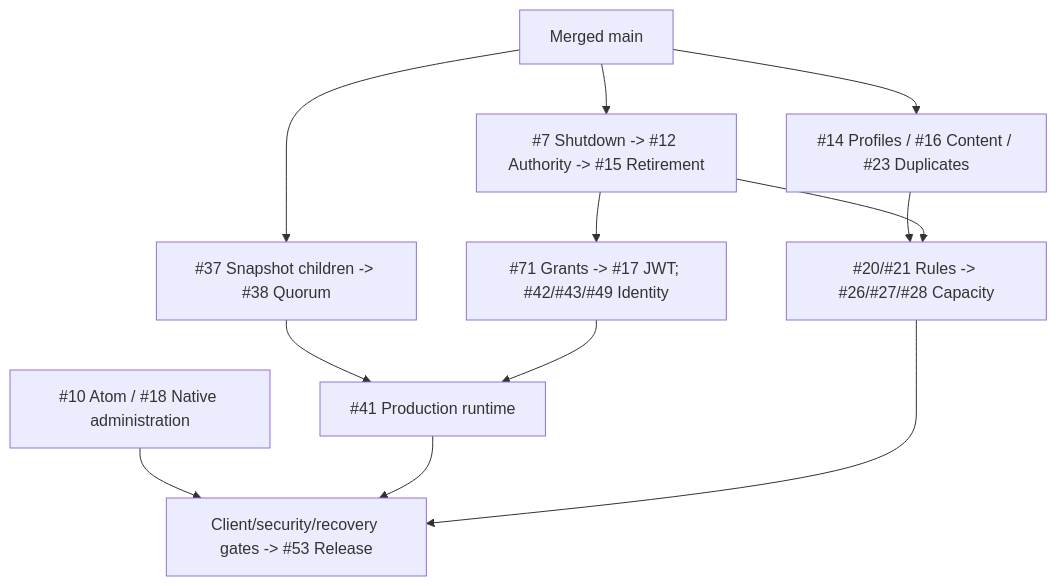
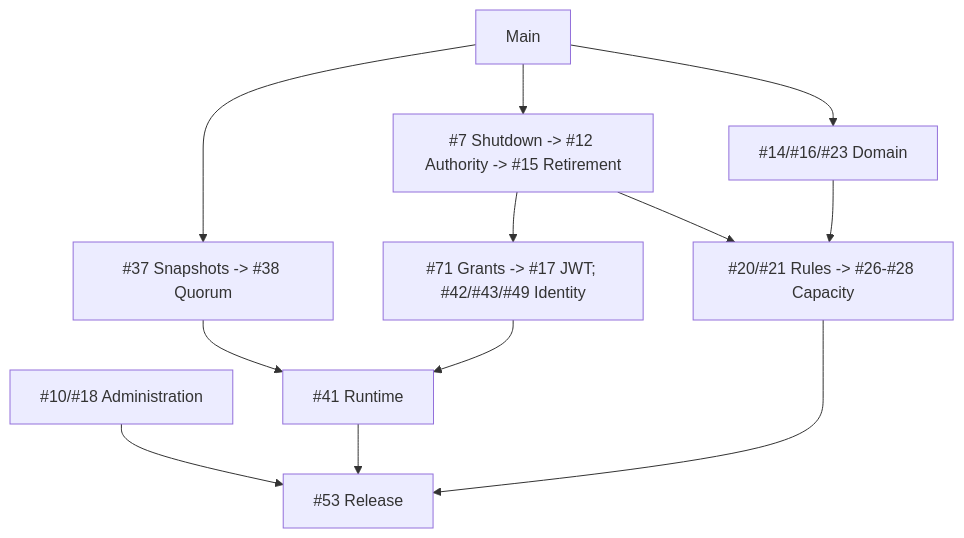
Before and after one commit to DeandreT/switchyard: the first of 2 diagrams in docs/roadmap.md, drawn with Mermaid. The commit also changed other lines of this file, not shown here.

````diff
--- a/docs/roadmap.md
+++ b/docs/roadmap.md
@@ -32,14 +24,9 @@
 ```mermaid
 flowchart TD
-    Main["Merged main"] --> Lifecycle["#7 Shutdown -> #12 Authority -> #15 Retirement"]
-    Main --> Domain["#14 Profiles / #16 Content / #23 Duplicates"]
-    Domain --> Semantics["#20/#21 Rules -> #26/#27/#28 Capacity"]
-    Lifecycle --> Semantics
-    Main --> Recovery["#37 Snapshot children -> #38 Quorum"]
-    Recovery --> Runtime["#41 Production runtime"]
-    Lifecycle --> Security["#71 Grants -> #17 JWT; #42/#43/#49 Identity"]
-    Security --> Runtime
-    Admin["#10 Atom / #18 Native administration"] --> Gates["Client/security/recovery gates -> #53 Release"]
-    Runtime --> Gates
-    Semantics --> Gates
+    Main["Main"] --> Lifecycle["#7 Shutdown -> #12 Authority -> #15 Retirement"] --> Semantics["#20/#21 Rules -> #26-#28 Capacity"]
+    Main --> Domain["#14/#16/#23 Domain"] --> Semantics
+    Main --> Recovery["#37 Snapshots -> #38 Quorum"] --> Runtime["#41 Runtime"]
+    Lifecycle --> Security["#71 Grants -> #17 JWT; #42/#43/#49 Identity"] --> Runtime
+    Admin["#10/#18 Administration"] --> Gates["#53 Release"]
+    Runtime --> Gates; Semantics --> Gates
 ```
````
